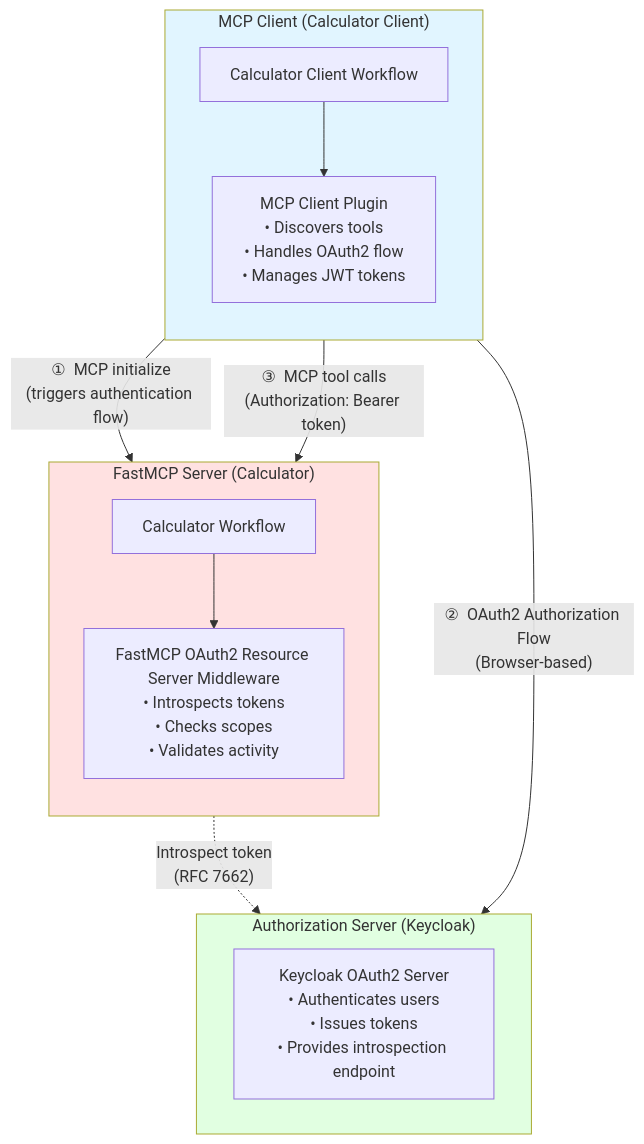
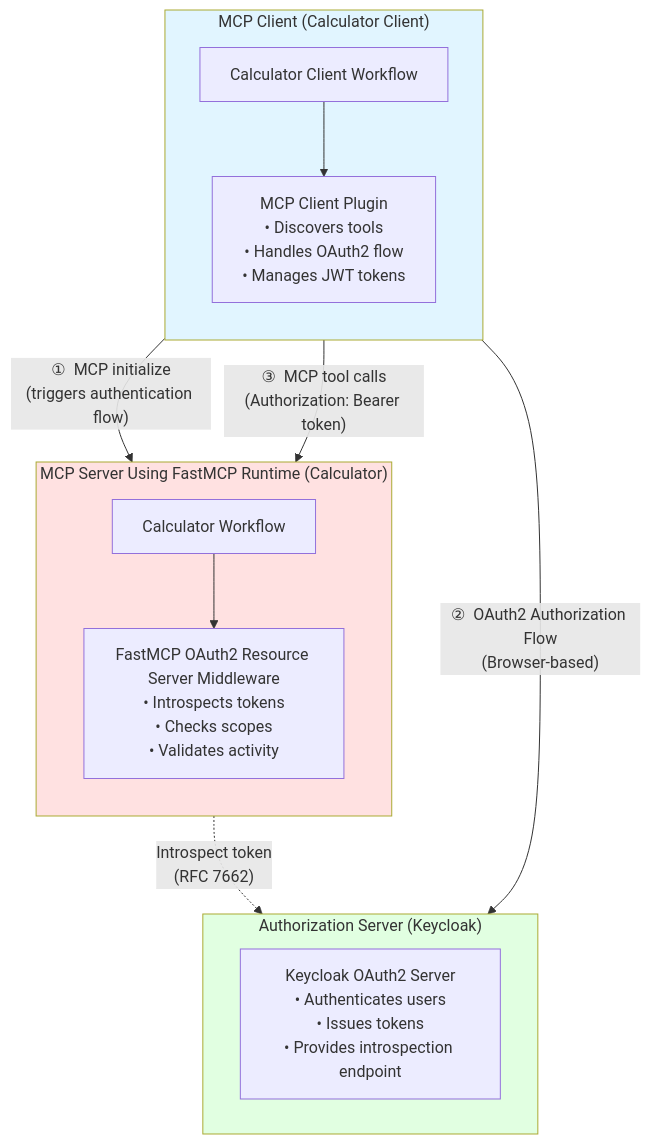
One commit to NVIDIA/NeMo-Agent-Toolkit changed the diagram in examples/MCP/simple_calculator_fastmcp_protected/README.md. Above: the diagram before and after it, drawn with Mermaid. The commit also changed other lines of this file and 8 other files, not shown here.

````diff
--- a/examples/MCP/simple_calculator_fastmcp_protected/README.md
+++ b/examples/MCP/simple_calculator_fastmcp_protected/README.md
@@ -28,30 +28,30 @@
 ```mermaid
 graph TB
     subgraph Client["MCP Client (Calculator Client)"]
         direction TB
         CalculatorClient["Calculator Client Workflow"]
         MCPClientPlugin["MCP Client Plugin<br/>• Discovers tools<br/>• Handles OAuth2 flow<br/>• Manages JWT tokens"]
         CalculatorClient --> MCPClientPlugin
     end
 
-    subgraph Server["FastMCP Server (Calculator)"]
+    subgraph Server["MCP Server Using FastMCP Runtime (Calculator)"]
         direction TB
         Calculator["Calculator Workflow"]
         OAuthMiddleware["FastMCP OAuth2 Resource Server Middleware<br/>• Introspects tokens<br/>• Checks scopes<br/>• Validates activity"]
         Calculator --> OAuthMiddleware
     end
 
     subgraph Auth["Authorization Server (Keycloak)"]
         direction LR
         AuthCore["Keycloak OAuth2 Server<br/>• Authenticates users<br/>• Issues tokens<br/>• Provides introspection endpoint"]
     end
 
     MCPClientPlugin -->|"①  MCP initialize<br/>(triggers authentication flow)"| Calculator
     MCPClientPlugin -->|"②  OAuth2 Authorization Flow<br/>(Browser-based)"| AuthCore
     MCPClientPlugin -->|"③  MCP tool calls<br/>(Authorization: Bearer token)"| Calculator
     OAuthMiddleware -.->|"Introspect token<br/>(RFC 7662)"| AuthCore
 
     style Client fill:#e1f5ff
     style Server fill:#ffe1e1
     style Auth fill:#e1ffe1
 ```
````
